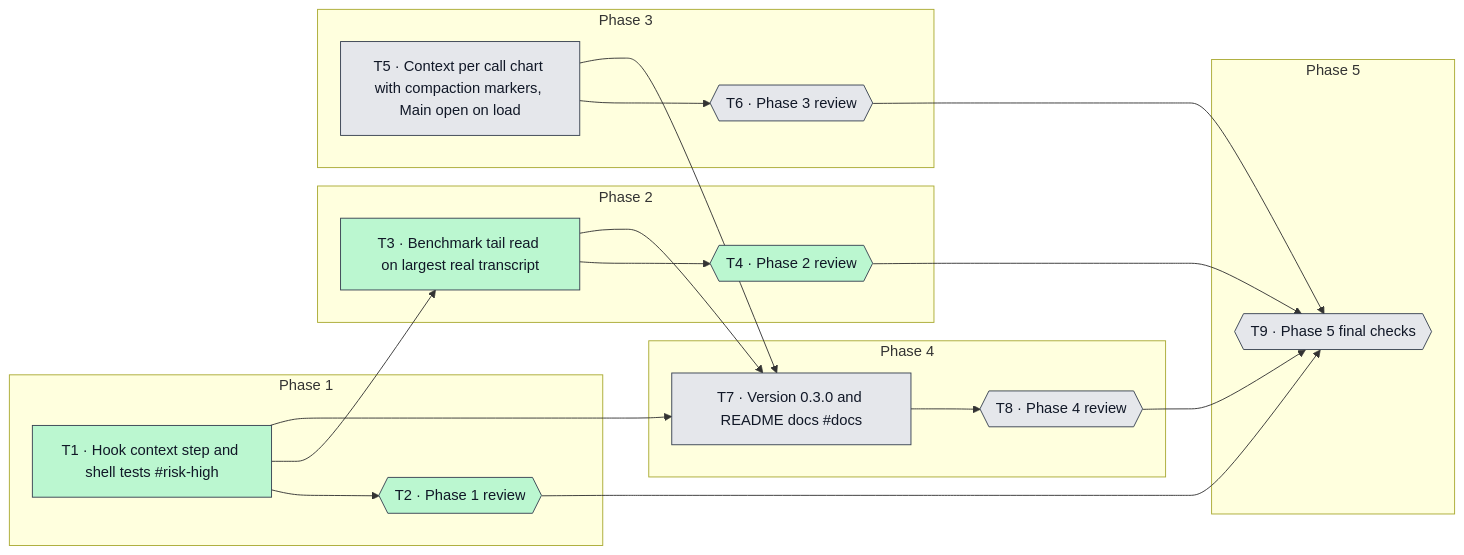
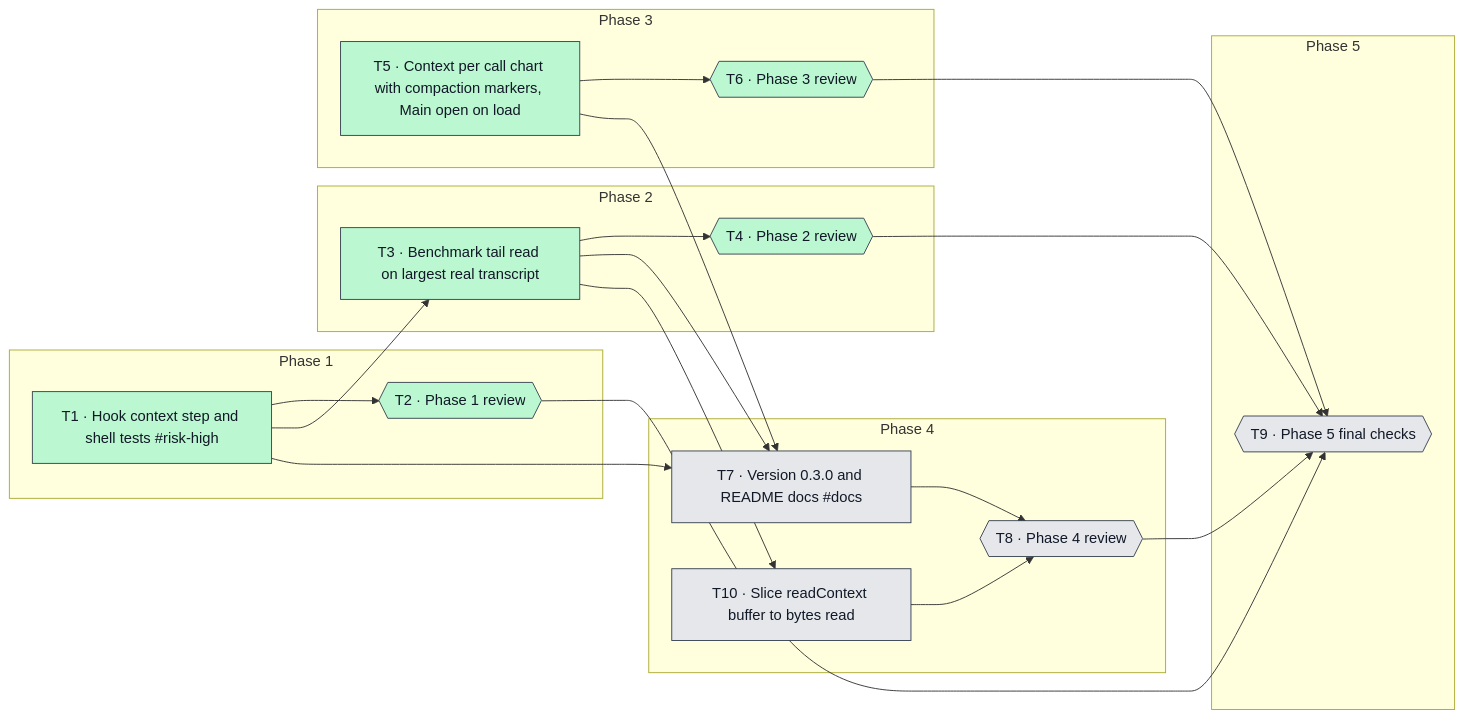
The diagram in .ai/changes/current-context-monitoring-with-compaction/graph.mmd (raqs31/claude-wal-session-viewer), drawn with Mermaid before and after one commit. The commit also changed 11 other files, not shown here.

```diff
--- a/.ai/changes/current-context-monitoring-with-compaction/graph.mmd
+++ b/.ai/changes/current-context-monitoring-with-compaction/graph.mmd
@@ -1,48 +1,52 @@
 flowchart LR
   classDef todo fill:#e5e7eb,stroke:#374151,color:#111827
   classDef in_progress fill:#bfdbfe,stroke:#374151,color:#111827
   classDef review fill:#ddd6fe,stroke:#374151,color:#111827
   classDef blocked fill:#fecaca,stroke:#374151,color:#111827
   classDef user_review fill:#fde68a,stroke:#374151,color:#111827
   classDef done fill:#bbf7d0,stroke:#374151,color:#111827
   classDef declined fill:#f3f4f6,stroke:#374151,color:#111827
   subgraph phase_1["Phase 1"]
     T1["T1 · Hook context step and shell tests #risk-high"]
     T2{{"T2 · Phase 1 review"}}
   end
   subgraph phase_2["Phase 2"]
     T3["T3 · Benchmark tail read on largest real transcript"]
     T4{{"T4 · Phase 2 review"}}
   end
   subgraph phase_3["Phase 3"]
     T5["T5 · Context per call chart with compaction markers, Main open on load"]
     T6{{"T6 · Phase 3 review"}}
   end
   subgraph phase_4["Phase 4"]
     T7["T7 · Version 0.3.0 and README docs #docs"]
     T8{{"T8 · Phase 4 review"}}
+    T10["T10 · Slice readContext buffer to bytes read"]
   end
   subgraph phase_5["Phase 5"]
     T9{{"T9 · Phase 5 final checks"}}
   end
   T1 --> T2
   T1 --> T3
   T1 --> T7
   T2 --> T9
   T3 --> T4
   T3 --> T7
+  T3 --> T10
   T4 --> T9
   T5 --> T6
   T5 --> T7
   T6 --> T9
   T7 --> T8
   T8 --> T9
+  T10 --> T8
   class T1 done
   class T2 done
   class T3 done
   class T4 done
-  class T5 todo
-  class T6 todo
+  class T5 done
+  class T6 done
   class T7 todo
   class T8 todo
   class T9 todo
+  class T10 todo
```
